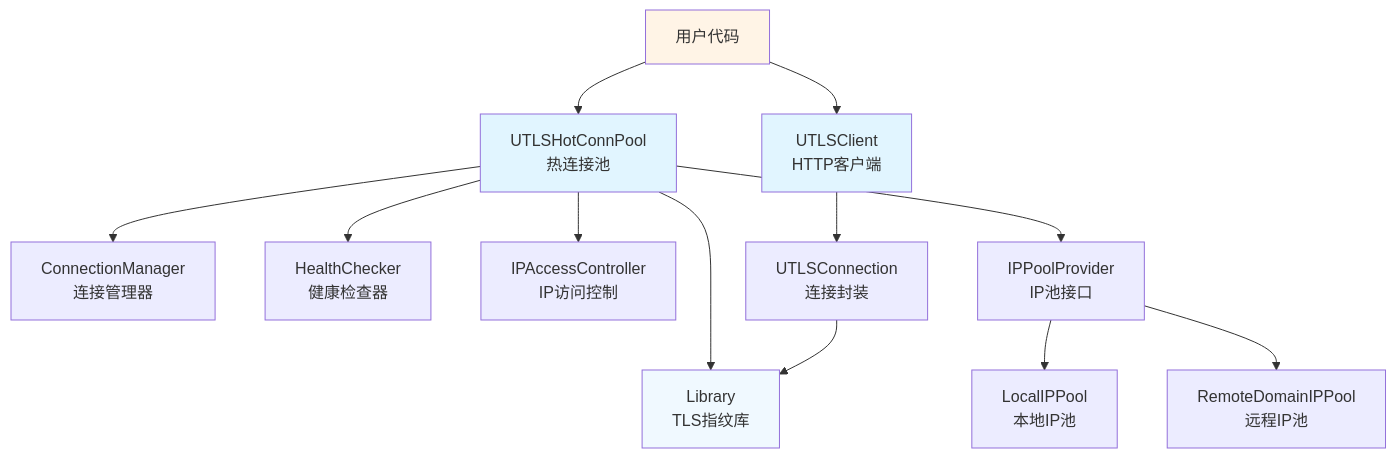
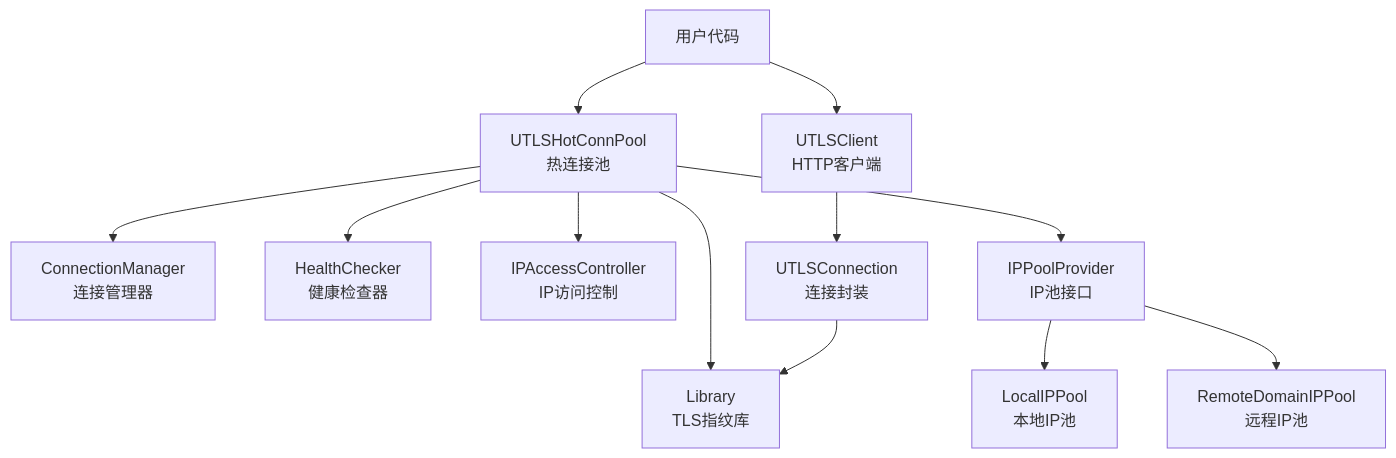
One commit to vistone/crawler-platform changed the diagram in docs/modules/README.md. Above: the diagram before and after it, drawn with Mermaid. The commit also changed other lines of this file and 36 other files, not shown here.

````diff
--- a/docs/modules/README.md
+++ b/docs/modules/README.md
@@ -59,22 +33,18 @@
 ```mermaid
 graph TB
     A[用户代码] --> B[UTLSHotConnPool<br/>热连接池]
     A --> C[UTLSClient<br/>HTTP客户端]
     
     B --> D[ConnectionManager<br/>连接管理器]
     B --> E[HealthChecker<br/>健康检查器]
     B --> F[IPAccessController<br/>IP访问控制]
     B --> G[Library<br/>TLS指纹库]
     
     C --> H[UTLSConnection<br/>连接封装]
     H --> G
     
     B --> I[IPPoolProvider<br/>IP池接口]
     I --> J[LocalIPPool<br/>本地IP池]
     I --> K[RemoteDomainIPPool<br/>远程IP池]
     
-    style A fill:#fff4e6
-    style B fill:#e1f5ff
-    style C fill:#e1f5ff
-    style G fill:#f0f9ff
 ```
````
